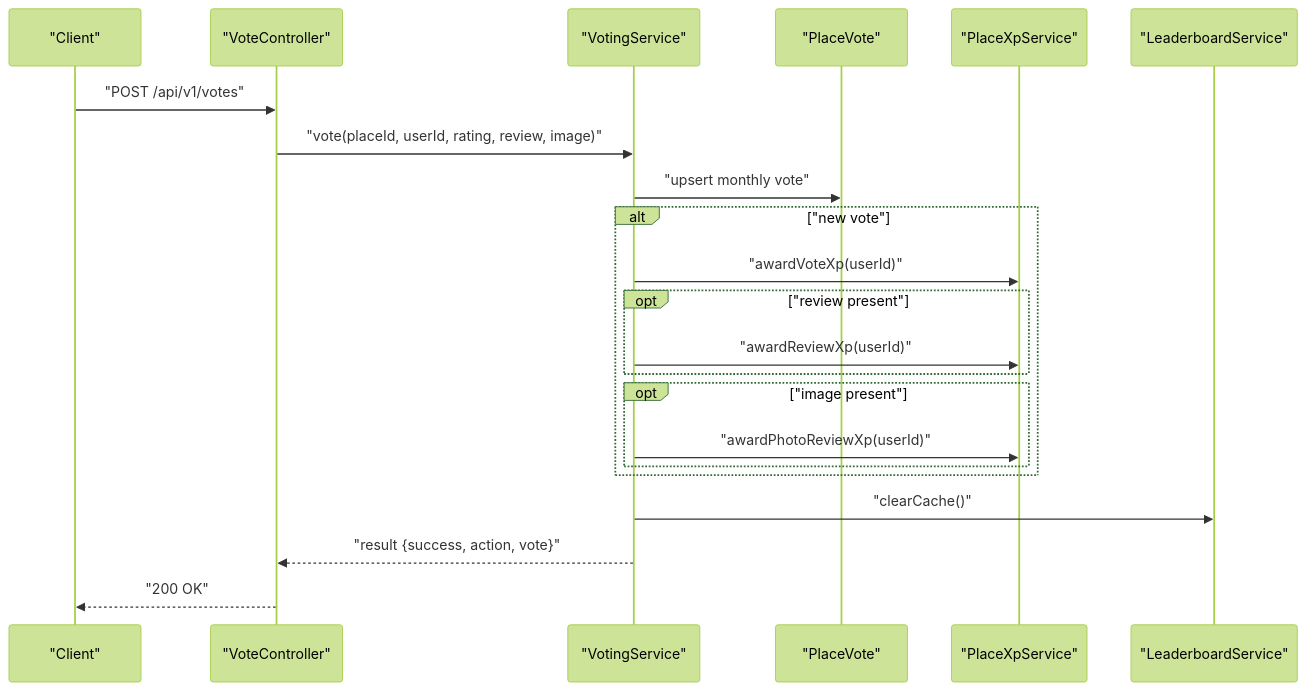
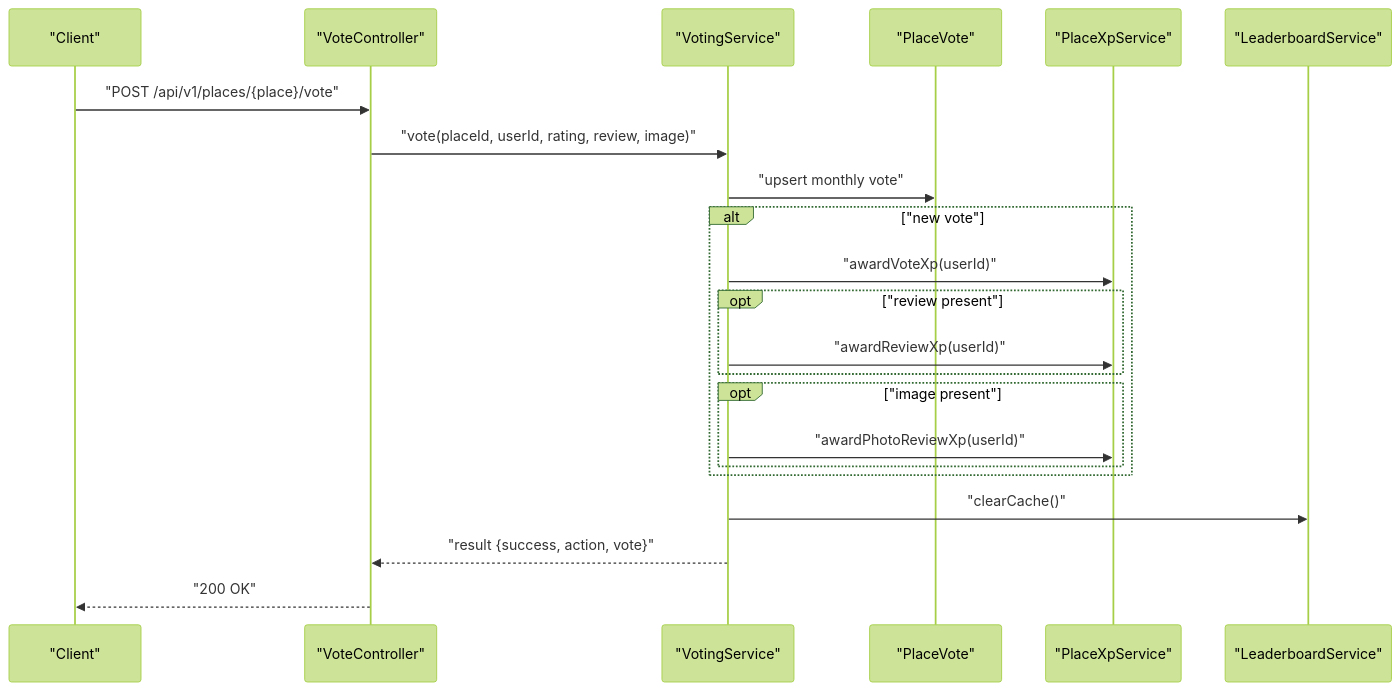
Before and after one commit to Hamdies/waddy_back: the fourth of 8 diagrams in .qoder/repowiki/en/content/Business Modules/PlacesToVisit Module/PlacesToVisit Module.md, drawn with Mermaid (forest theme). The commit also changed other lines of this file and 3 other files, not shown here.

````diff
--- a/.qoder/repowiki/en/content/Business Modules/PlacesToVisit Module/PlacesToVisit Module.md
+++ b/.qoder/repowiki/en/content/Business Modules/PlacesToVisit Module/PlacesToVisit Module.md
@@ -260,24 +315,24 @@
 ```mermaid
 sequenceDiagram
 participant Client as "Client"
 participant API as "VoteController"
 participant Service as "VotingService"
 participant Vote as "PlaceVote"
 participant XP as "PlaceXpService"
 participant LB as "LeaderboardService"
-Client->>API : "POST /api/v1/votes"
+Client->>API : "POST /api/v1/places/{place}/vote"
 API->>Service : "vote(placeId, userId, rating, review, image)"
 Service->>Vote : "upsert monthly vote"
 alt "new vote"
 Service->>XP : "awardVoteXp(userId)"
 opt "review present"
 Service->>XP : "awardReviewXp(userId)"
 end
 opt "image present"
 Service->>XP : "awardPhotoReviewXp(userId)"
 end
 end
 Service->>LB : "clearCache()"
 Service-->>API : "result {success, action, vote}"
 API-->>Client : "200 OK"
 ```
````
